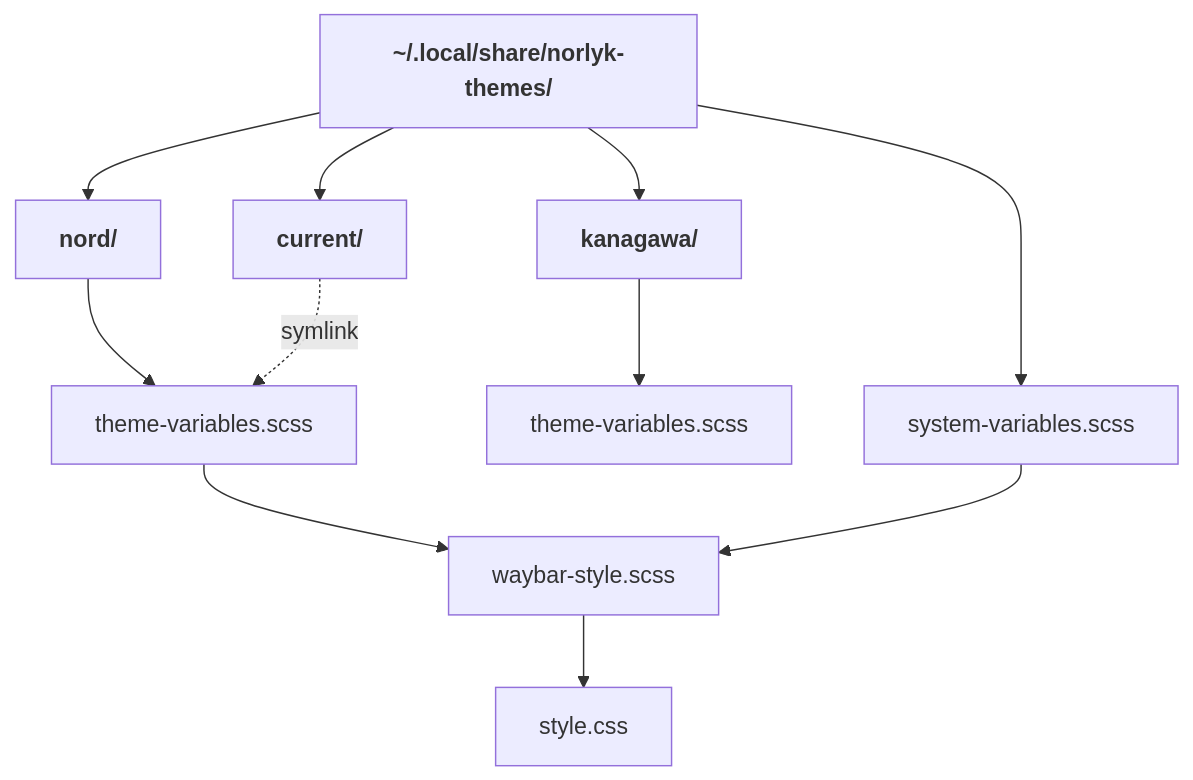
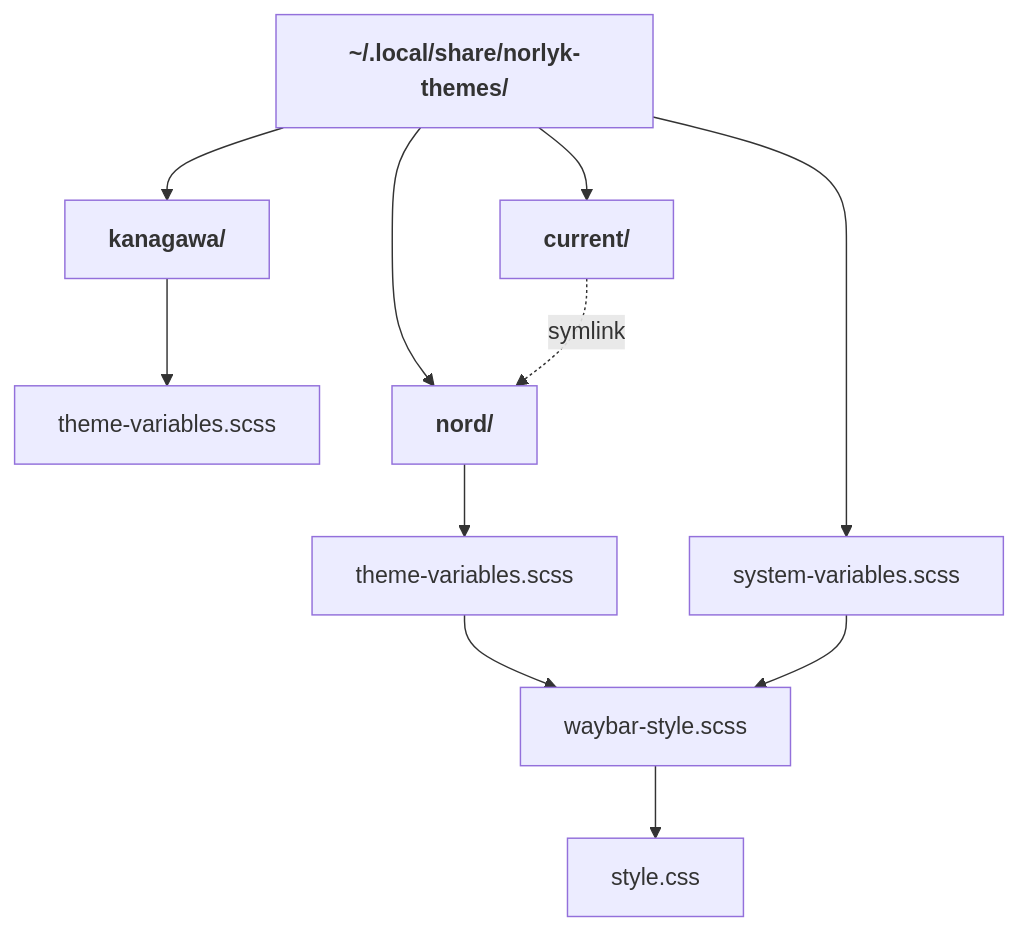
Before and after one commit to FrederikNorlyk/rust-theme-picker-tui: the first of 2 diagrams in README.md, drawn with Mermaid. The commit also changed other lines of this file and 3 other files, not shown here.

````diff
--- a/README.md
+++ b/README.md
@@ -47,15 +48,15 @@
 ```mermaid
 flowchart TD
     classDef symlink stroke-dasharray: 5 5
     config_dir["`**~/.local/share/norlyk-themes/**`"]
     config_dir --> system_variables["system-variables.scss"]
     config_dir --> kanagawa["`**kanagawa/**`"]
     kanagawa --> kanagawa_theme["theme-variables.scss"]
     config_dir --> nord["`**nord/**`"]
     nord --> nord_theme["theme-variables.scss"]
     config_dir --> current["`**current/**`"]
-    current -.->|symlink| nord_theme
+    current -.->|symlink| nord
     nord_theme --> waybar_style_scss["waybar-style.scss"]
     waybar_style_scss --> waybar_style_css["style.css"]
     system_variables --> waybar_style_scss
 ```
````
